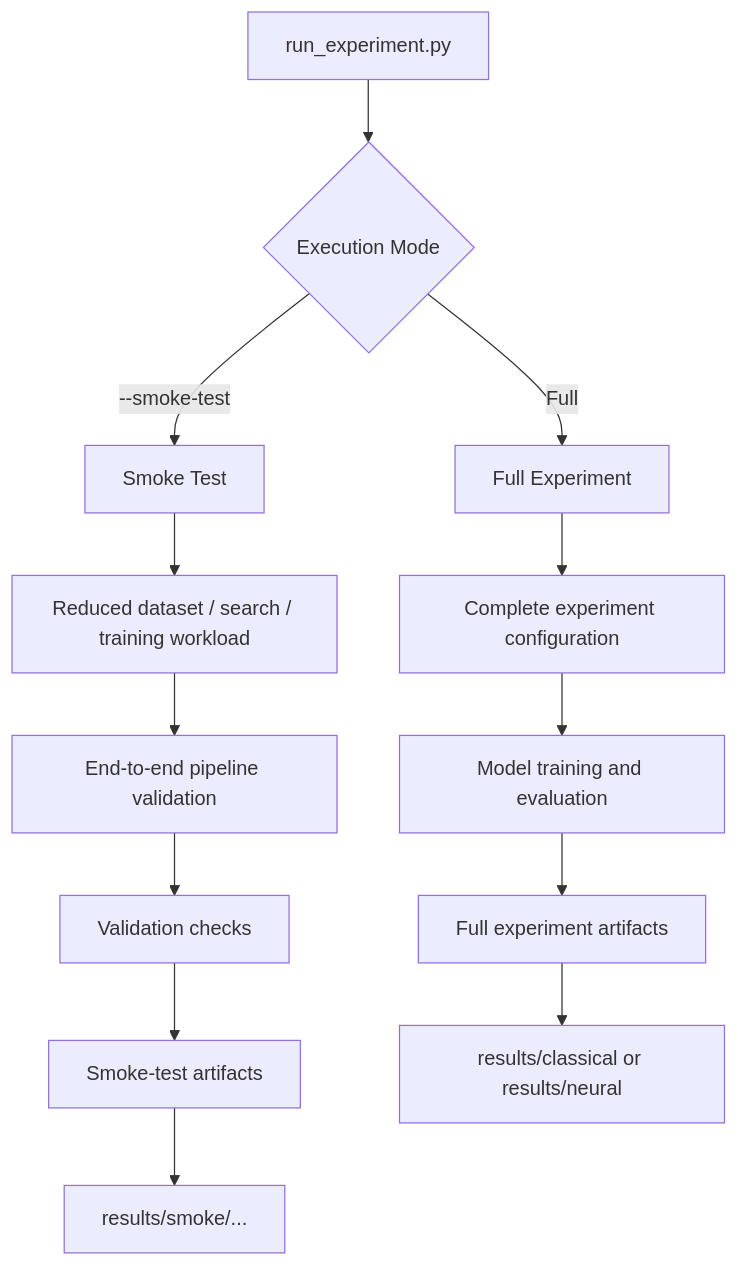
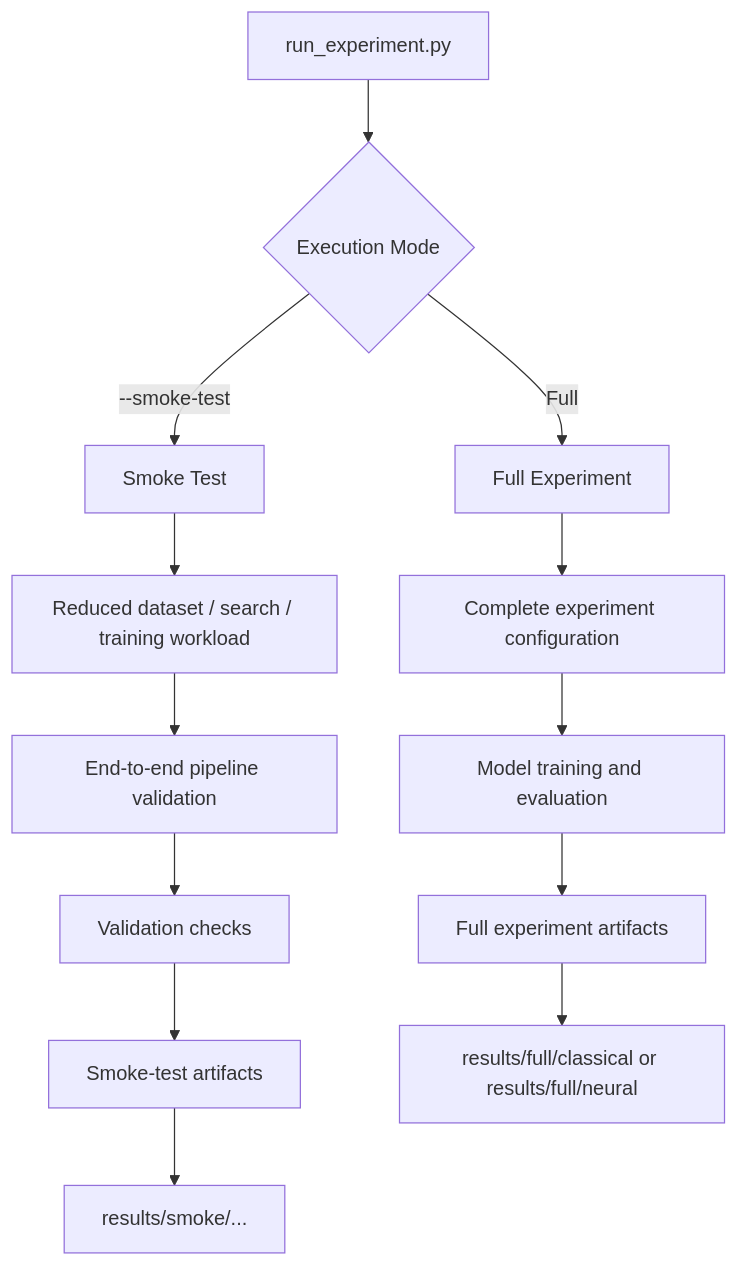
The second of 5 diagrams in docs/architecture/README.md (sharadshukla/imdb-sentiment-classification), drawn with Mermaid before and after one commit. The commit also changed other lines of this file and 3 other files, not shown here.

````diff
--- a/docs/architecture/README.md
+++ b/docs/architecture/README.md
@@ -115,21 +118,21 @@
 ```mermaid
 flowchart TD
     A["run_experiment.py"]
 
     A --> B{"Execution Mode"}
 
     B -->|"Full"| C["Full Experiment"]
     B -->|"--smoke-test"| D["Smoke Test"]
 
     C --> E["Complete experiment configuration"]
     E --> F["Model training and evaluation"]
     F --> G["Full experiment artifacts"]
 
     D --> H["Reduced dataset / search / training workload"]
     H --> I["End-to-end pipeline validation"]
     I --> J["Validation checks"]
     J --> K["Smoke-test artifacts"]
 
-    G --> L["results/classical or results/neural"]
+    G --> L["results/full/classical or results/full/neural"]
     K --> M["results/smoke/..."]
 ```
````
